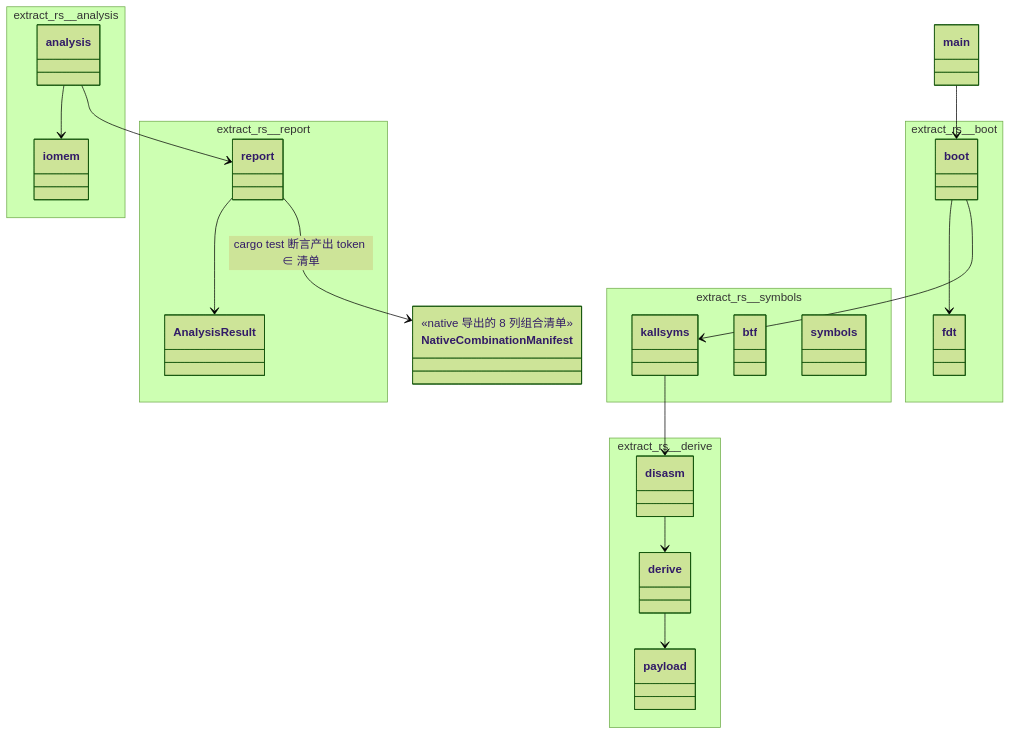
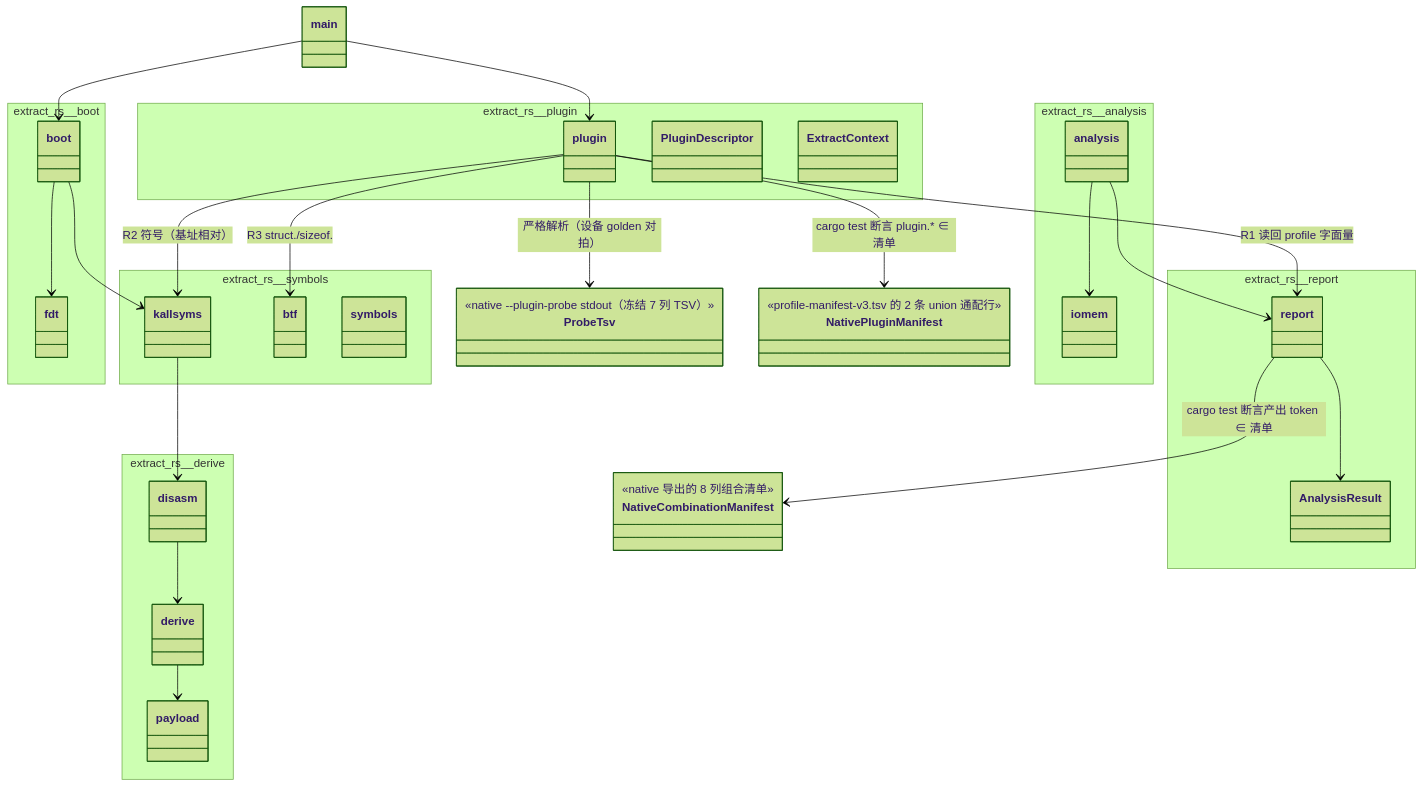
The tenth of 14 diagrams in docs/development/full-process-uml.md (YuKongA/ghostlock-app), drawn with Mermaid (forest theme) before and after one commit. The commit also changed other lines of this file and 169 other files, not shown here.

````diff
--- a/docs/development/full-process-uml.md
+++ b/docs/development/full-process-uml.md
@@ -457,38 +541,55 @@
 ```mermaid
 classDiagram
   namespace extract_rs__boot {
     class boot
     class fdt
   }
   namespace extract_rs__symbols {
     class kallsyms
     class btf
     class symbols
   }
   namespace extract_rs__derive {
     class disasm
     class derive
     class payload
   }
   namespace extract_rs__analysis {
     class analysis
     class iomem
   }
   namespace extract_rs__report {
     class report
     class AnalysisResult
   }
+  namespace extract_rs__plugin {
+    class plugin
+    class PluginDescriptor
+    class ExtractContext
+  }
   class NativeCombinationManifest {
     <<native 导出的 8 列组合清单>>
+  }
+  class ProbeTsv {
+    <<native --plugin-probe stdout（冻结 7 列 TSV）>>
+  }
+  class NativePluginManifest {
+    <<profile-manifest-v3.tsv 的 2 条 union 通配行>>
   }
   main --> boot
   boot --> fdt
   boot --> kallsyms
   kallsyms --> disasm
   disasm --> derive
   derive --> payload
   analysis --> iomem
   analysis --> report
   report --> AnalysisResult
   report --> NativeCombinationManifest : cargo test 断言产出 token ∈ 清单
+  main --> plugin
+  plugin --> ProbeTsv : 严格解析（设备 golden 对拍）
+  plugin --> btf : R3 struct./sizeof.
+  plugin --> kallsyms : R2 符号（基址相对）
+  plugin --> report : R1 读回 profile 字面量
+  plugin --> NativePluginManifest : cargo test 断言 plugin.* ∈ 清单
 ```
````
